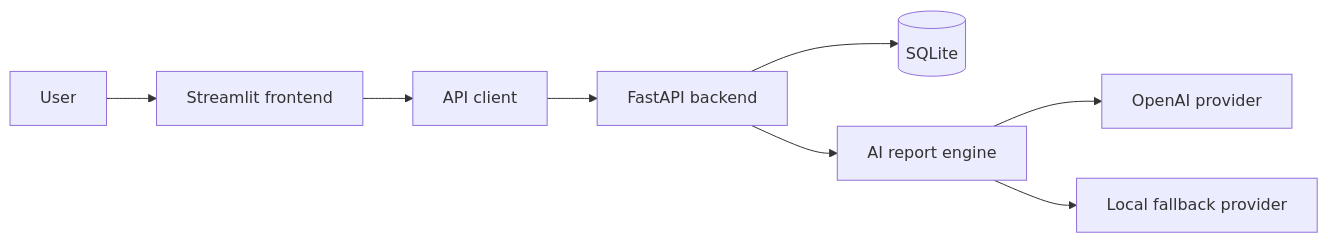
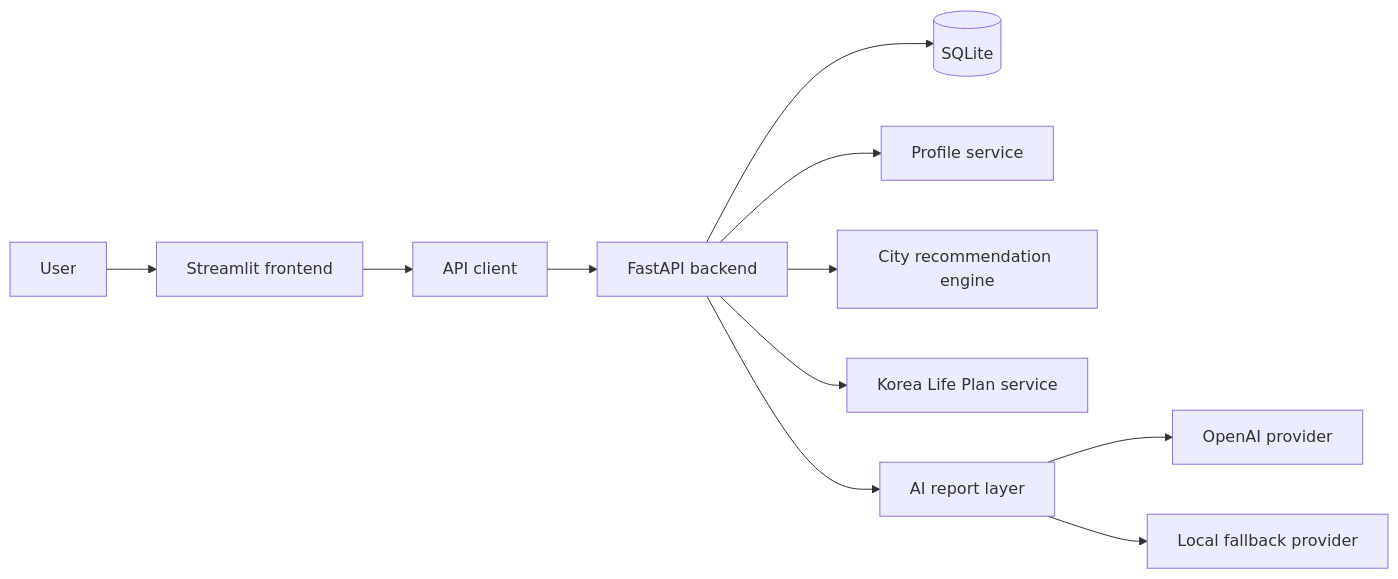
The first of 2 diagrams in README.md (thomasyeung79/korea-data-analysis), drawn with Mermaid before and after one commit. The commit also changed other lines of this file and 89 other files, not shown here.

````diff
--- a/README.md
+++ b/README.md
@@ -124,10 +195,13 @@
 ```mermaid
 flowchart LR
     U["User"] --> S["Streamlit frontend"]
     S --> C["API client"]
     C --> F["FastAPI backend"]
     F --> D[("SQLite")]
-    F --> E["AI report engine"]
-    E --> O["OpenAI provider"]
-    E --> L["Local fallback provider"]
+    F --> P["Profile service"]
+    F --> R["City recommendation engine"]
+    F --> L["Korea Life Plan service"]
+    F --> A["AI report layer"]
+    A --> O["OpenAI provider"]
+    A --> T["Local fallback provider"]
 ```
````
